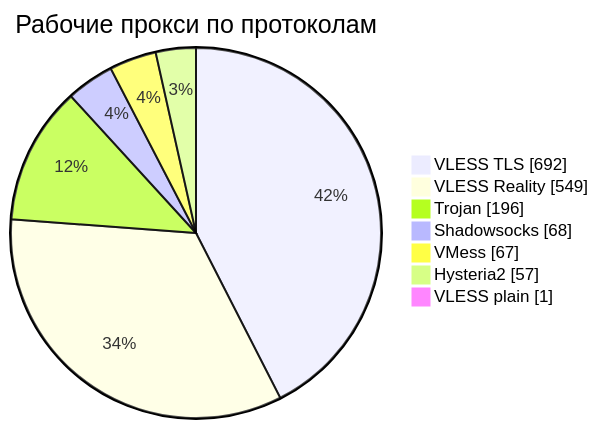
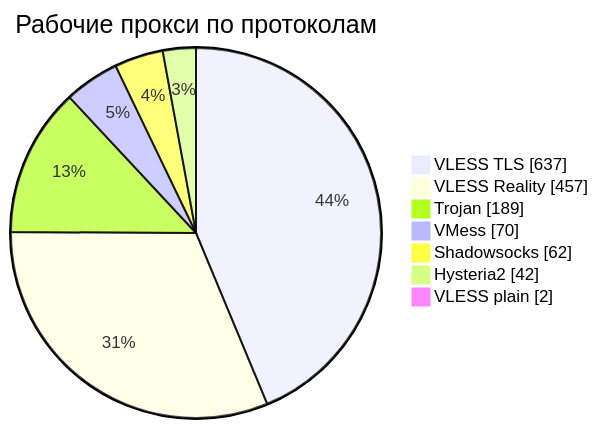
Before and after one commit to rvvg/proxy-subs: the third of 4 diagrams in README.md, drawn with Mermaid. The commit also changed other lines of this file and 55 other files, not shown here.

````diff
--- a/README.md
+++ b/README.md
@@ -146,11 +141,11 @@
 ```mermaid
 pie showData
     title Рабочие прокси по протоколам
-    "VLESS TLS" : 692
-    "VLESS Reality" : 549
-    "Trojan" : 196
-    "Shadowsocks" : 68
-    "VMess" : 67
-    "Hysteria2" : 57
-    "VLESS plain" : 1
+    "VLESS TLS" : 637
+    "VLESS Reality" : 457
+    "Trojan" : 189
+    "VMess" : 70
+    "Shadowsocks" : 62
+    "Hysteria2" : 42
+    "VLESS plain" : 2
 ```
````
